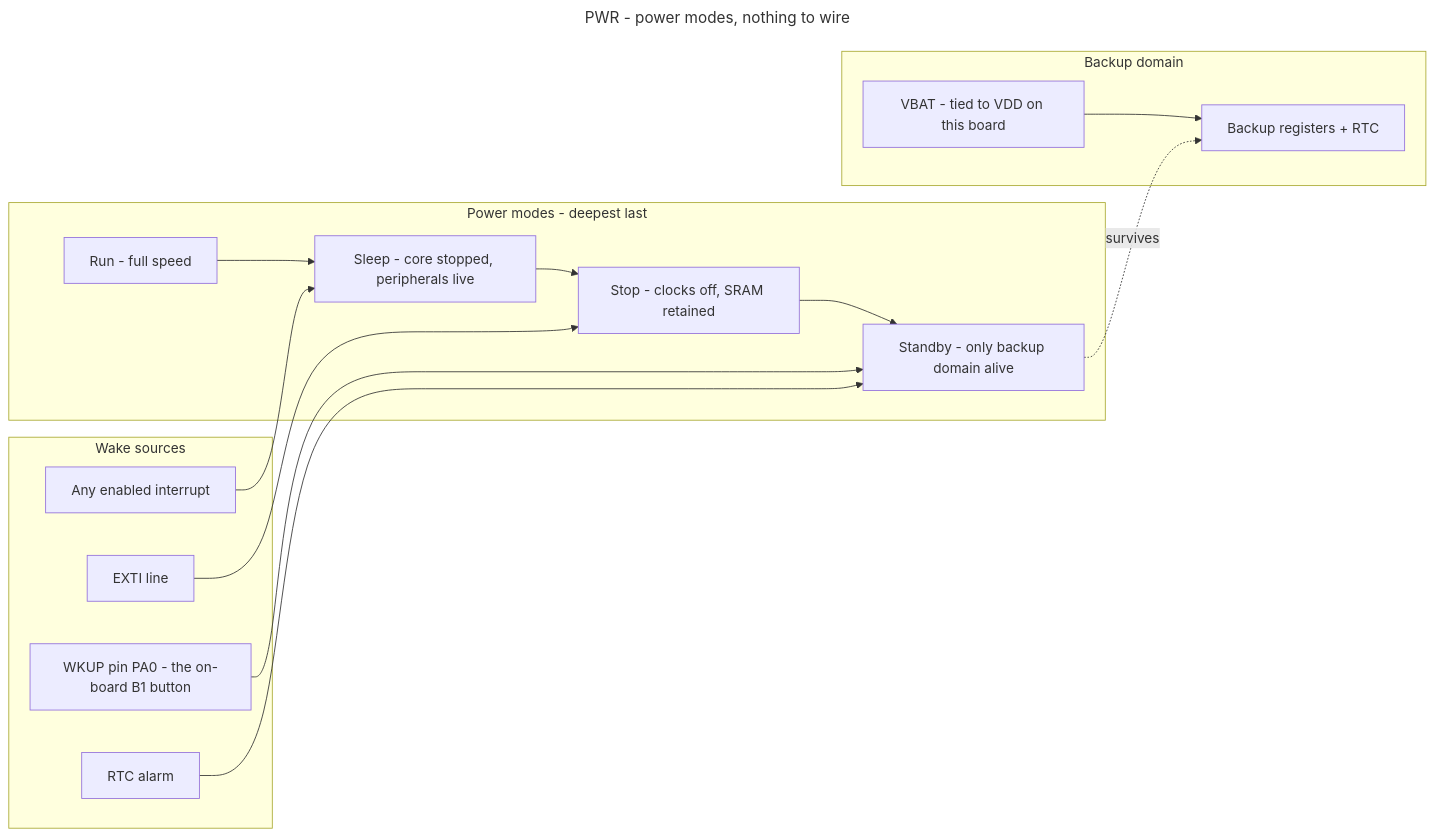
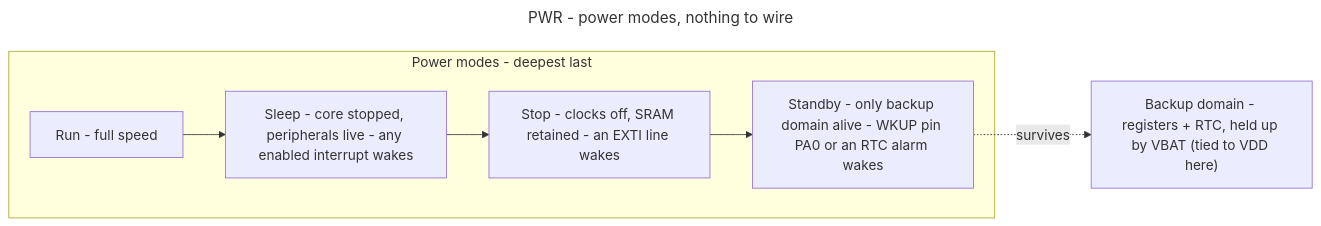
The diagram in Sensor_Cons/Peripherals/PWR/pwr_wiring.mmd (Ekpenyong-Esu/BareMetalMCU2), drawn with Mermaid before and after one commit. The commit also changed 13 other files, not shown here.

Commit message:
Rank the remaining wiring diagrams into a single row

```diff
--- a/Sensor_Cons/Peripherals/PWR/pwr_wiring.mmd
+++ b/Sensor_Cons/Peripherals/PWR/pwr_wiring.mmd
@@ -1,38 +1,23 @@
 ---
 title: PWR - power modes, nothing to wire
 ---
 %% ON-CHIP ONLY. No pins of its own.
 %% The wake-up pin is PA0, which is also the on-board B1 button - so the user
 %% button doubles as the wake source with no extra wiring.
 %% VBAT on this board is tied to VDD unless you cut the jumper, so the backup
 %% domain does not survive a power cut out of the box.
 %% Standby loses all SRAM except the backup registers.
 flowchart LR
     subgraph MODES["Power modes - deepest last"]
         RUN["Run - full speed"]
-        SLEEP["Sleep - core stopped, peripherals live"]
-        STOP["Stop - clocks off, SRAM retained"]
-        STBY["Standby - only backup domain alive"]
+        SLEEP["Sleep - core stopped, peripherals live - any enabled interrupt wakes"]
+        STOP["Stop - clocks off, SRAM retained - an EXTI line wakes"]
+        STBY["Standby - only backup domain alive - WKUP pin PA0 or an RTC alarm wakes"]
     end
 
-    subgraph WAKE["Wake sources"]
-        IRQ["Any enabled interrupt"]
-        EXTI["EXTI line"]
-        WK["WKUP pin PA0 - the on-board B1 button"]
-        RTCA["RTC alarm"]
-    end
-
-    subgraph BKP["Backup domain"]
-        VBAT["VBAT - tied to VDD on this board"]
-        BKPR["Backup registers + RTC"]
-    end
+    BKP["Backup domain - registers + RTC, held up by VBAT (tied to VDD here)"]
 
     RUN --> SLEEP
     SLEEP --> STOP
     STOP --> STBY
-    IRQ --> SLEEP
-    EXTI --> STOP
-    WK --> STBY
-    RTCA --> STBY
-    VBAT --> BKPR
-    STBY -.->|"survives"| BKPR
+    STBY -.->|"survives"| BKP
```
